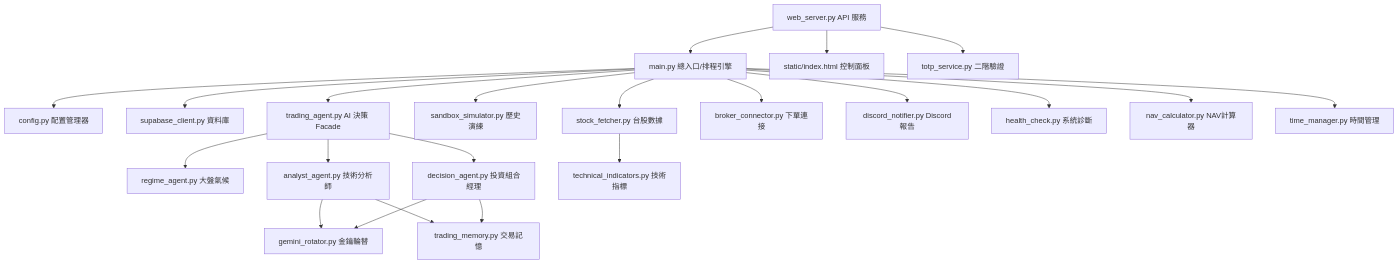
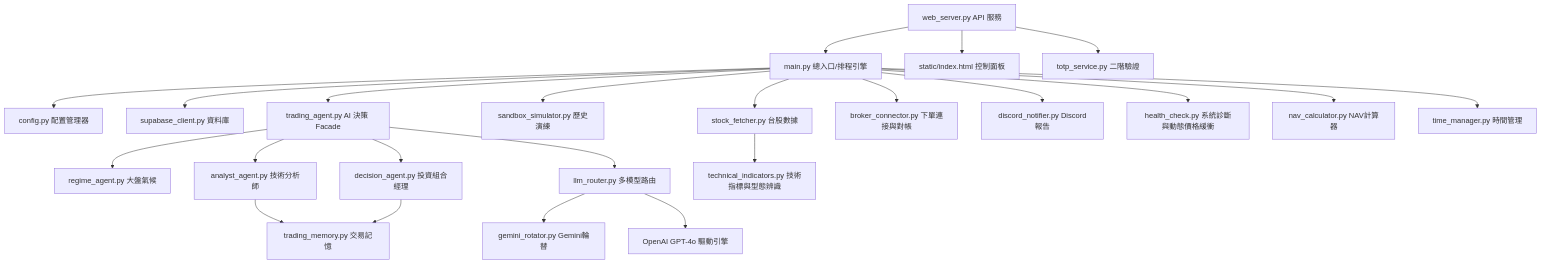
One commit to Jpopaholic/AIAutoStocks changed the diagram in README.md. Above: the diagram before and after it, drawn with Mermaid. The commit also changed other lines of this file, not shown here.

````diff
--- a/README.md
+++ b/README.md
@@ -25,29 +26,31 @@
 ```mermaid
 graph TD
     A[main.py 總入口/排程引擎] --> B[config.py 配置管理器]
     A --> C[supabase_client.py 資料庫]
     A --> D[stock_fetcher.py 台股數據]
     A --> E[sandbox_simulator.py 歷史演練]
     A --> F[trading_agent.py AI 決策 Facade]
     
     W[web_server.py API 服務] --> A
     W --> H1[static/index.html 控制面板]
     W --> T[totp_service.py 二階驗證]
     
     F --> F1[regime_agent.py 大盤氣候]
     F --> F2[analyst_agent.py 技術分析師]
     F --> F3[decision_agent.py 投資組合經理]
     
-    F2 --> G[gemini_rotator.py 金鑰輪替]
+    F --> LR[llm_router.py 多模型路由]
+    LR --> G[gemini_rotator.py Gemini輪替]
+    LR --> OA[OpenAI GPT-4o 驅動引擎]
+    
     F2 --> M[trading_memory.py 交易記憶]
-    F3 --> G
     F3 --> M
     
-    A --> I[broker_connector.py 下單連接]
+    A --> I[broker_connector.py 下單連接與對帳]
     A --> J[discord_notifier.py Discord報告]
-    A --> H2[health_check.py 系統診斷]
+    A --> H2[health_check.py 系統診斷與動態價格緩衝]
     A --> N[nav_calculator.py NAV計算器]
     
-    D --> TI[technical_indicators.py 技術指標]
+    D --> TI[technical_indicators.py 技術指標與型態辨識]
     A --> TM[time_manager.py 時間管理]
 ```
````
